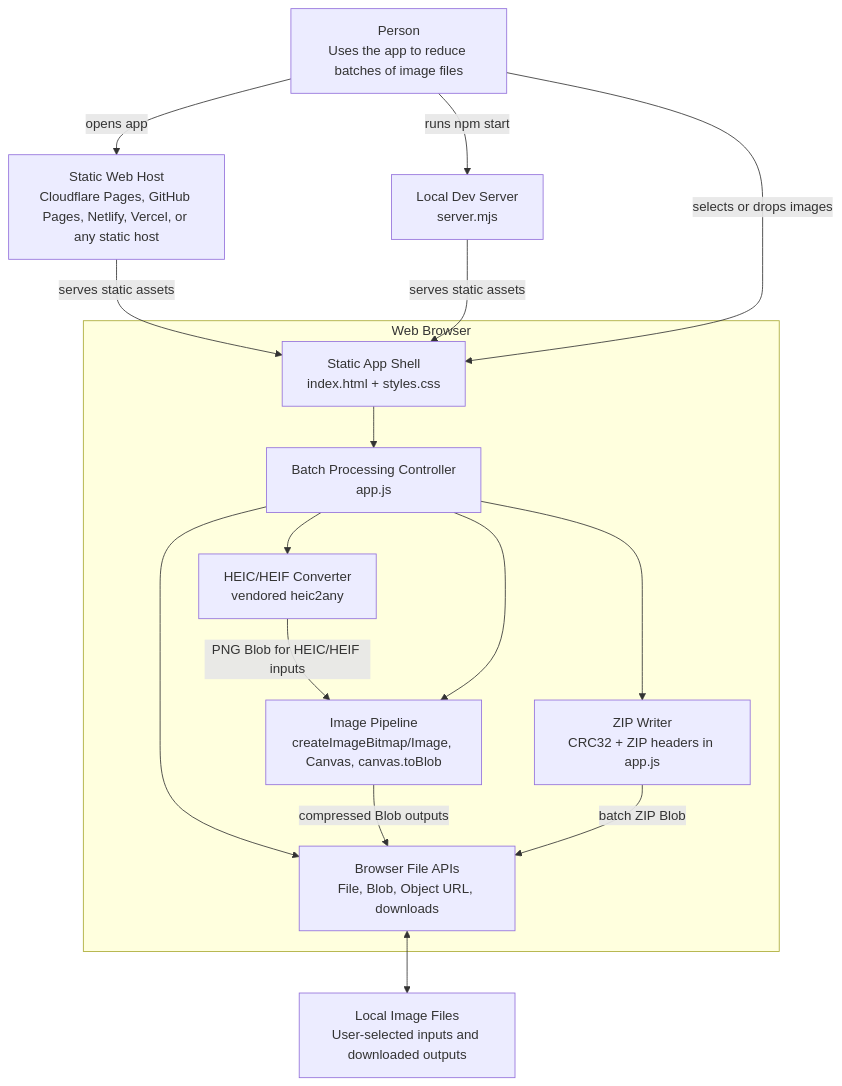
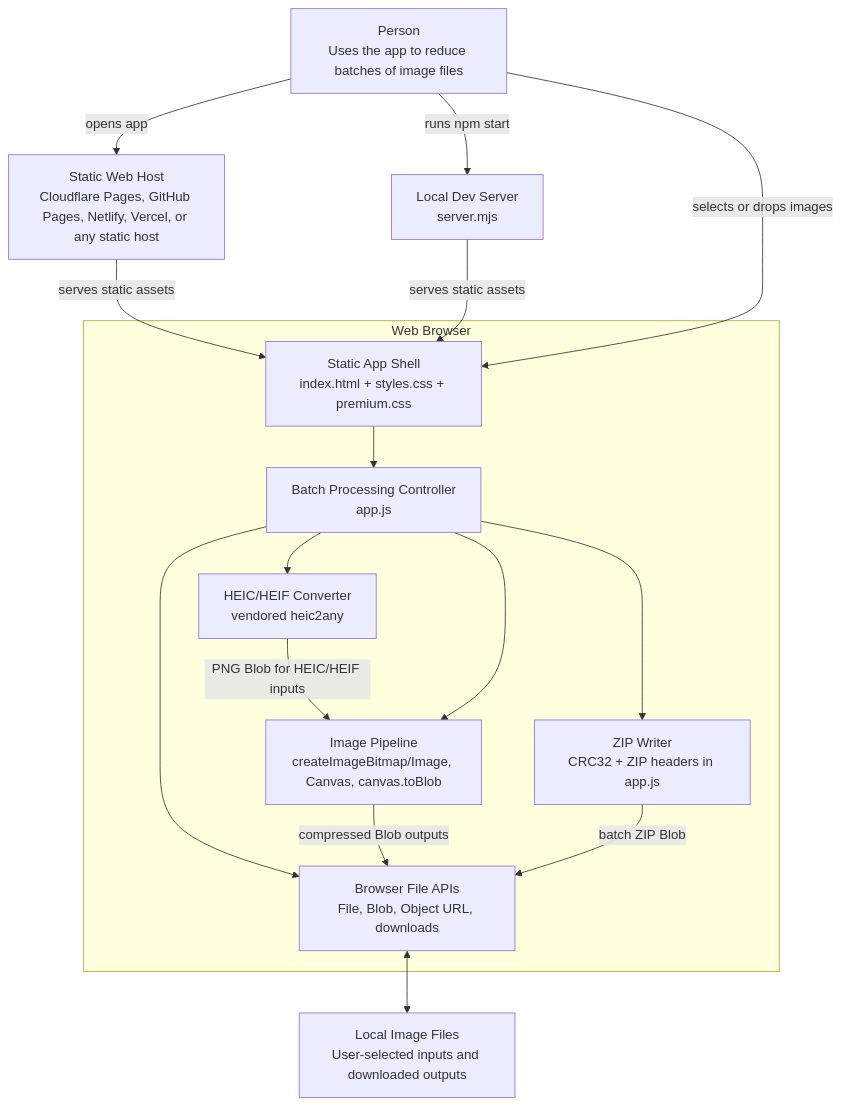
The diagram in docs/architecture.md (manynames3/bulk-image-size-reducer), drawn with Mermaid before and after one commit. The commit also changed other lines of this file and 44 other files, not shown here.

````diff
--- a/docs/architecture.md
+++ b/docs/architecture.md
@@ -7,32 +7,32 @@
 ```mermaid
 flowchart TB
   user["Person\nUses the app to reduce batches of image files"]
 
   subgraph browser["Web Browser"]
-    ui["Static App Shell\nindex.html + styles.css"]
+    ui["Static App Shell\nindex.html + styles.css + premium.css"]
     controller["Batch Processing Controller\napp.js"]
     heicConverter["HEIC/HEIF Converter\nvendored heic2any"]
     fileApis["Browser File APIs\nFile, Blob, Object URL, downloads"]
     imagePipeline["Image Pipeline\ncreateImageBitmap/Image, Canvas, canvas.toBlob"]
     zipWriter["ZIP Writer\nCRC32 + ZIP headers in app.js"]
   end
 
   host["Static Web Host\nCloudflare Pages, GitHub Pages, Netlify, Vercel, or any static host"]
   devServer["Local Dev Server\nserver.mjs"]
   localFiles["Local Image Files\nUser-selected inputs and downloaded outputs"]
 
   user -->|"opens app"| host
   user -->|"runs npm start"| devServer
   host -->|"serves static assets"| ui
   devServer -->|"serves static assets"| ui
   user -->|"selects or drops images"| ui
   ui --> controller
   controller --> fileApis
   controller --> heicConverter
   heicConverter -->|"PNG Blob for HEIC/HEIF inputs"| imagePipeline
   controller --> imagePipeline
   controller --> zipWriter
   fileApis <--> localFiles
   imagePipeline -->|"compressed Blob outputs"| fileApis
   zipWriter -->|"batch ZIP Blob"| fileApis
 ```
````
